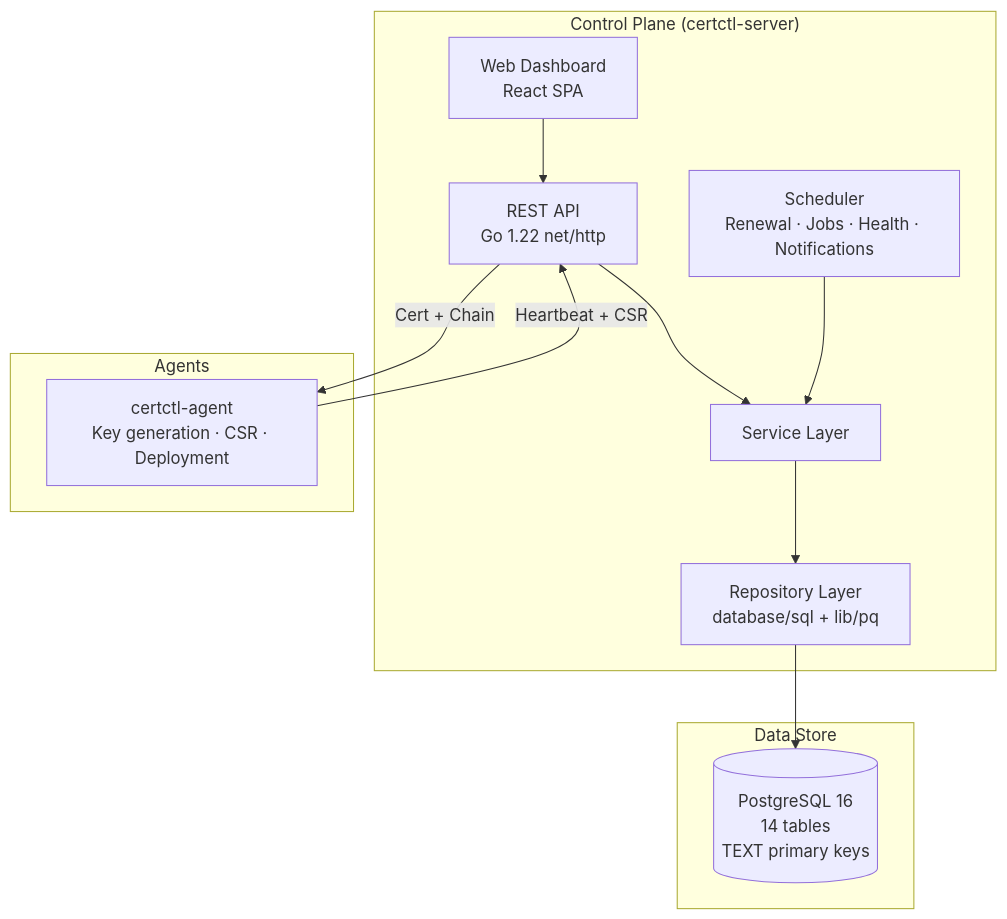
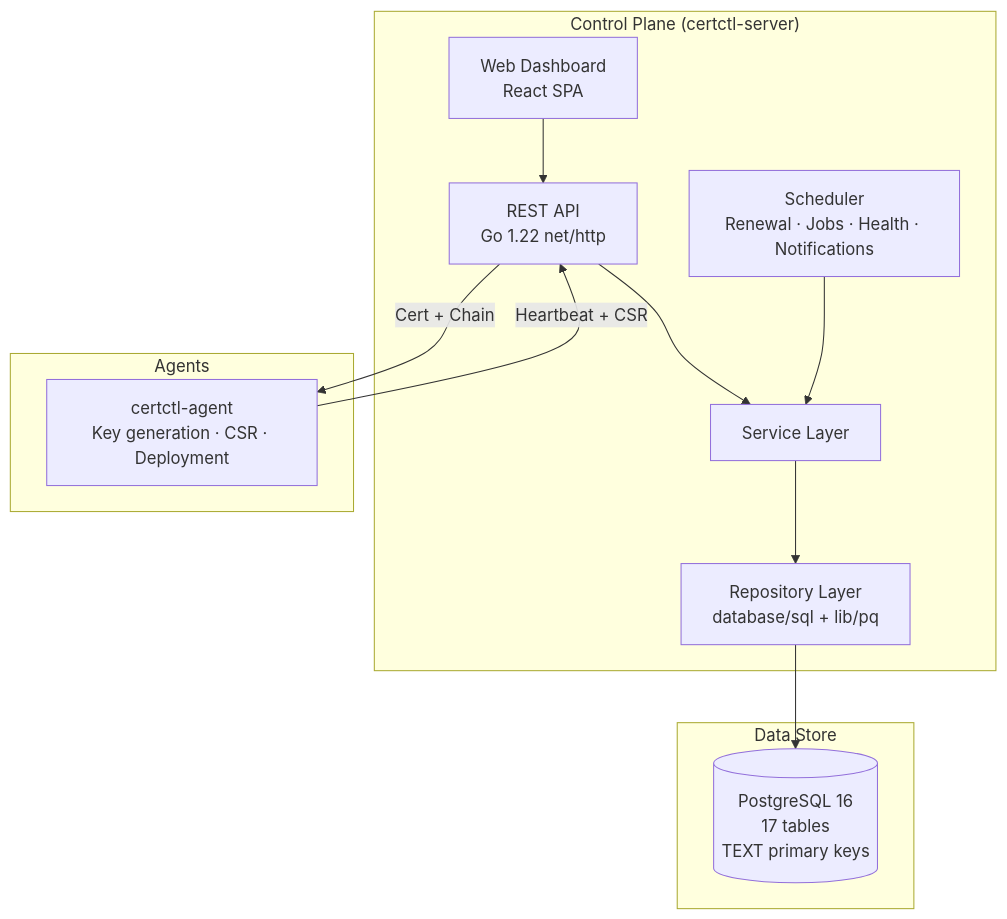
Before and after one commit to certctl-io/certctl: the second of 2 diagrams in README.md, drawn with Mermaid. The commit also changed other lines of this file and 5 other files, not shown here.

````diff
--- a/README.md
+++ b/README.md
@@ -108,24 +108,24 @@
 ```mermaid
 flowchart TB
     subgraph "Control Plane (certctl-server)"
         DASH["Web Dashboard\nReact SPA"]
         API["REST API\nGo 1.22 net/http"]
         SVC["Service Layer"]
         REPO["Repository Layer\ndatabase/sql + lib/pq"]
         SCHED["Scheduler\nRenewal · Jobs · Health · Notifications"]
     end
 
     subgraph "Data Store"
-        PG[("PostgreSQL 16\n14 tables\nTEXT primary keys")]
+        PG[("PostgreSQL 16\n17 tables\nTEXT primary keys")]
     end
 
     subgraph "Agents"
         AG["certctl-agent\nKey generation · CSR · Deployment"]
     end
 
     DASH --> API
     API --> SVC --> REPO --> PG
     SCHED --> SVC
     AG -->|"Heartbeat + CSR"| API
     API -->|"Cert + Chain"| AG
 ```
````
